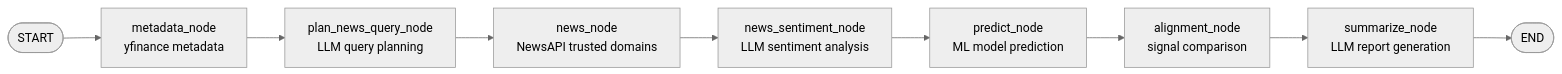
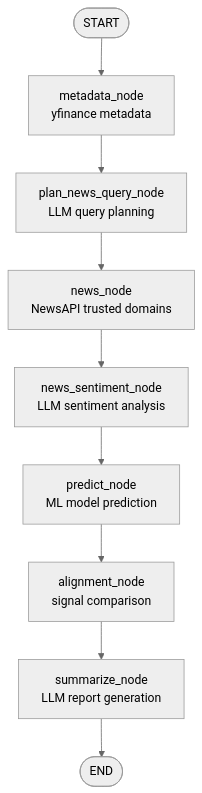
Before and after one commit to rishabhzn200/agentic-stock-analysis: the diagram in README.md, drawn with Mermaid (neutral theme).

Commit message:
Updating mermaid diagram in README to render from Top to Down rather than Left to Right.

````diff
--- a/README.md
+++ b/README.md
@@ -17,14 +17,21 @@
 ```mermaid
-flowchart LR
+flowchart TD
   START([START])
   END([END])
 
   START --> metadata[metadata_node<br/>yfinance metadata]
+
   metadata --> plan_news_query[plan_news_query_node<br/>LLM query planning]
+  
   plan_news_query --> news[news_node<br/>NewsAPI trusted domains]
+  
   news --> news_sentiment[news_sentiment_node<br/>LLM sentiment analysis]
+  
   news_sentiment --> predict[predict_node<br/>ML model prediction]
+  
   predict --> alignment[alignment_node<br/>signal comparison]
+  
   alignment --> summarize[summarize_node<br/>LLM report generation]
+  
   summarize --> END
 ```
````
